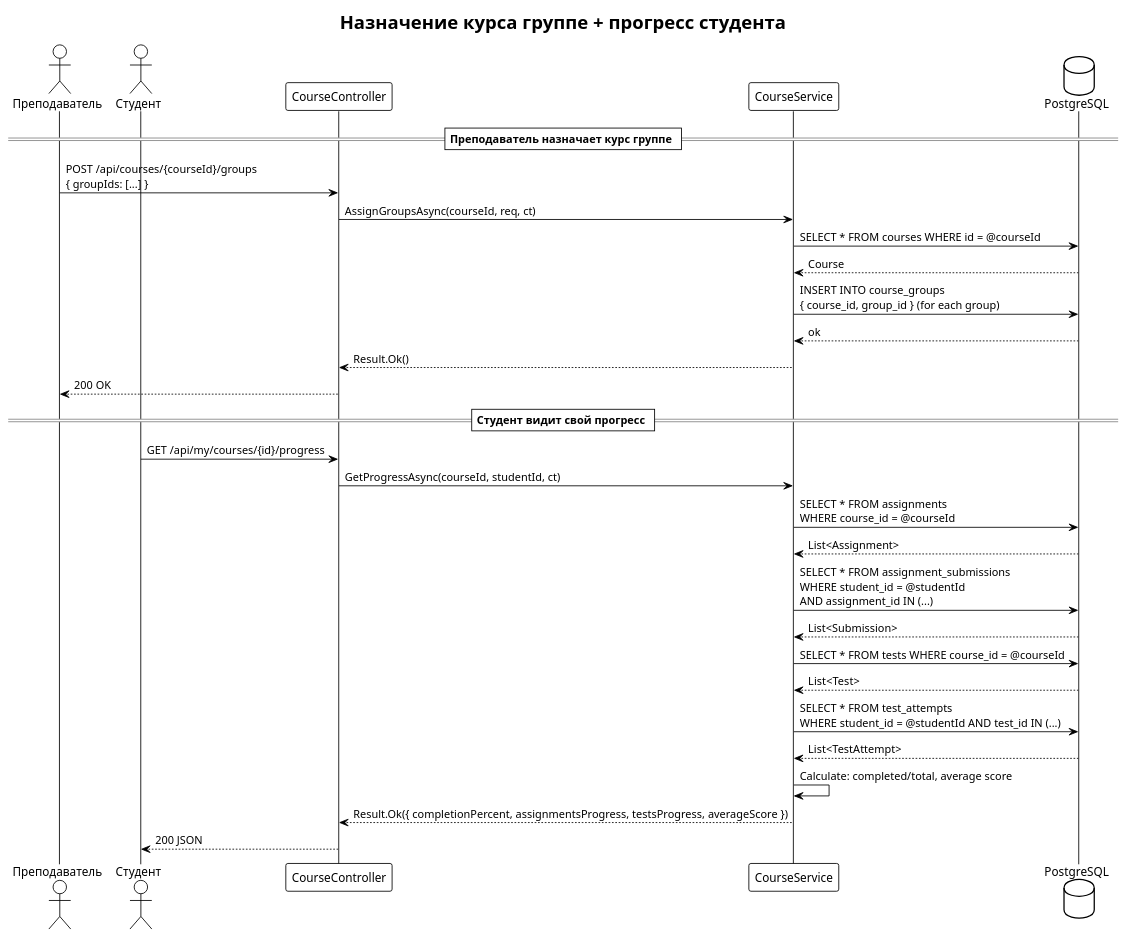
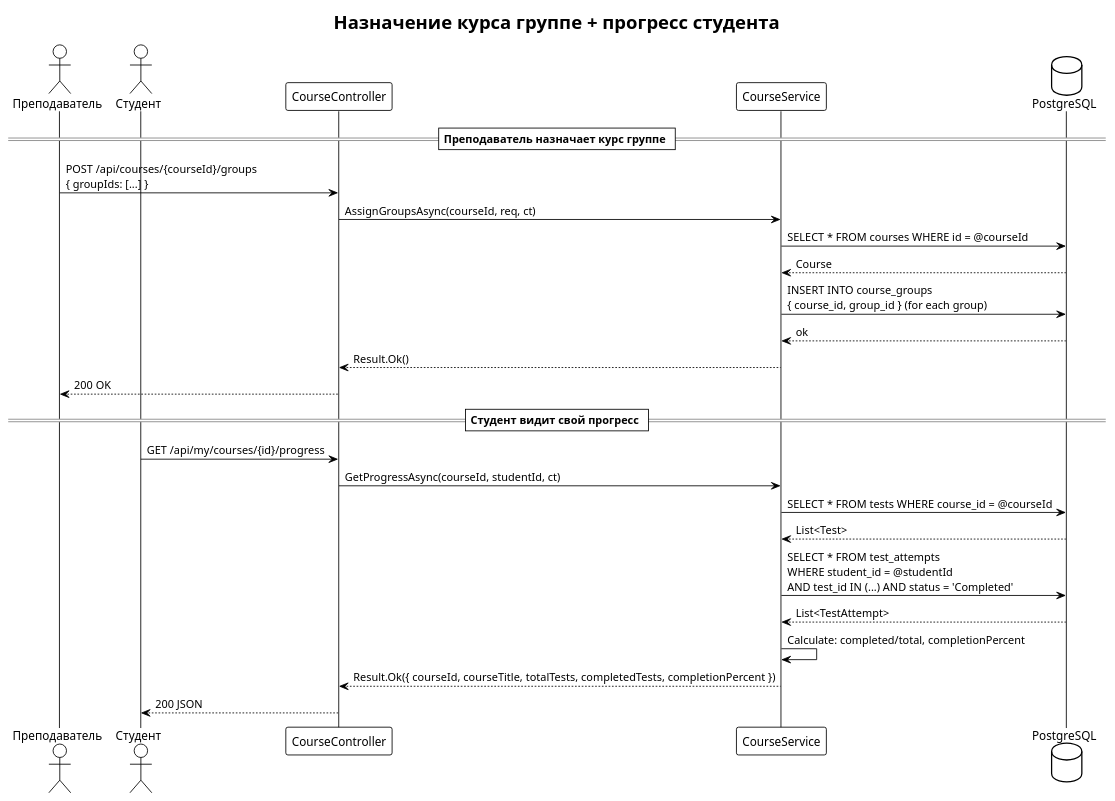
The diagram in docs/diagrams/sequence/course-assignment.puml (artemovsergey/CollegeLMS), drawn with PlantUML before and after one commit. The commit also changed 49 other files, not shown here.

Commit message:
chore: финал M3a (docs swagger/Postman/PlantUML, CSharpier-формат, roots/ в gitignore)

```diff
--- a/docs/diagrams/sequence/course-assignment.puml
+++ b/docs/diagrams/sequence/course-assignment.puml
@@ -1,37 +1,33 @@
 @startuml
 !theme plain
 title Назначение курса группе + прогресс студента
 
 actor "Преподаватель" as Teacher
 actor "Студент" as Student
 participant "CourseController" as CourseCtrl
 participant "CourseService" as CourseSvc
 database "PostgreSQL" as DB
 
 == Преподаватель назначает курс группе ==
 
 Teacher -> CourseCtrl: POST /api/courses/{courseId}/groups\n{ groupIds: [...] }
 CourseCtrl -> CourseSvc: AssignGroupsAsync(courseId, req, ct)
 CourseSvc -> DB: SELECT * FROM courses WHERE id = @courseId
 DB --> CourseSvc: Course
 CourseSvc -> DB: INSERT INTO course_groups\n{ course_id, group_id } (for each group)
 DB --> CourseSvc: ok
 CourseSvc --> CourseCtrl: Result.Ok()
 CourseCtrl --> Teacher: 200 OK
 
 == Студент видит свой прогресс ==
 
 Student -> CourseCtrl: GET /api/my/courses/{id}/progress
 CourseCtrl -> CourseSvc: GetProgressAsync(courseId, studentId, ct)
-CourseSvc -> DB: SELECT * FROM assignments\nWHERE course_id = @courseId
-DB --> CourseSvc: List<Assignment>
-CourseSvc -> DB: SELECT * FROM assignment_submissions\nWHERE student_id = @studentId\nAND assignment_id IN (...)
-DB --> CourseSvc: List<Submission>
 CourseSvc -> DB: SELECT * FROM tests WHERE course_id = @courseId
 DB --> CourseSvc: List<Test>
-CourseSvc -> DB: SELECT * FROM test_attempts\nWHERE student_id = @studentId AND test_id IN (...)
+CourseSvc -> DB: SELECT * FROM test_attempts\nWHERE student_id = @studentId\nAND test_id IN (...) AND status = 'Completed'
 DB --> CourseSvc: List<TestAttempt>
-CourseSvc -> CourseSvc: Calculate: completed/total, average score
-CourseSvc --> CourseCtrl: Result.Ok({ completionPercent, assignmentsProgress, testsProgress, averageScore })
+CourseSvc -> CourseSvc: Calculate: completed/total, completionPercent
+CourseSvc --> CourseCtrl: Result.Ok({ courseId, courseTitle, totalTests, completedTests, completionPercent })
 CourseCtrl --> Student: 200 JSON
 @enduml
```
